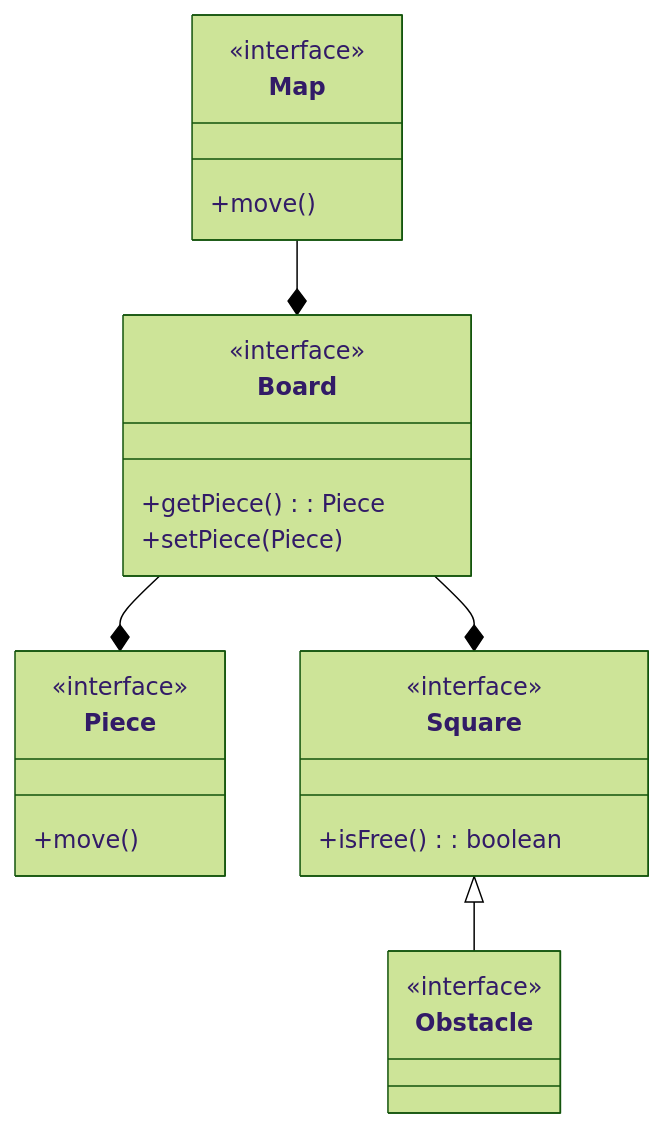
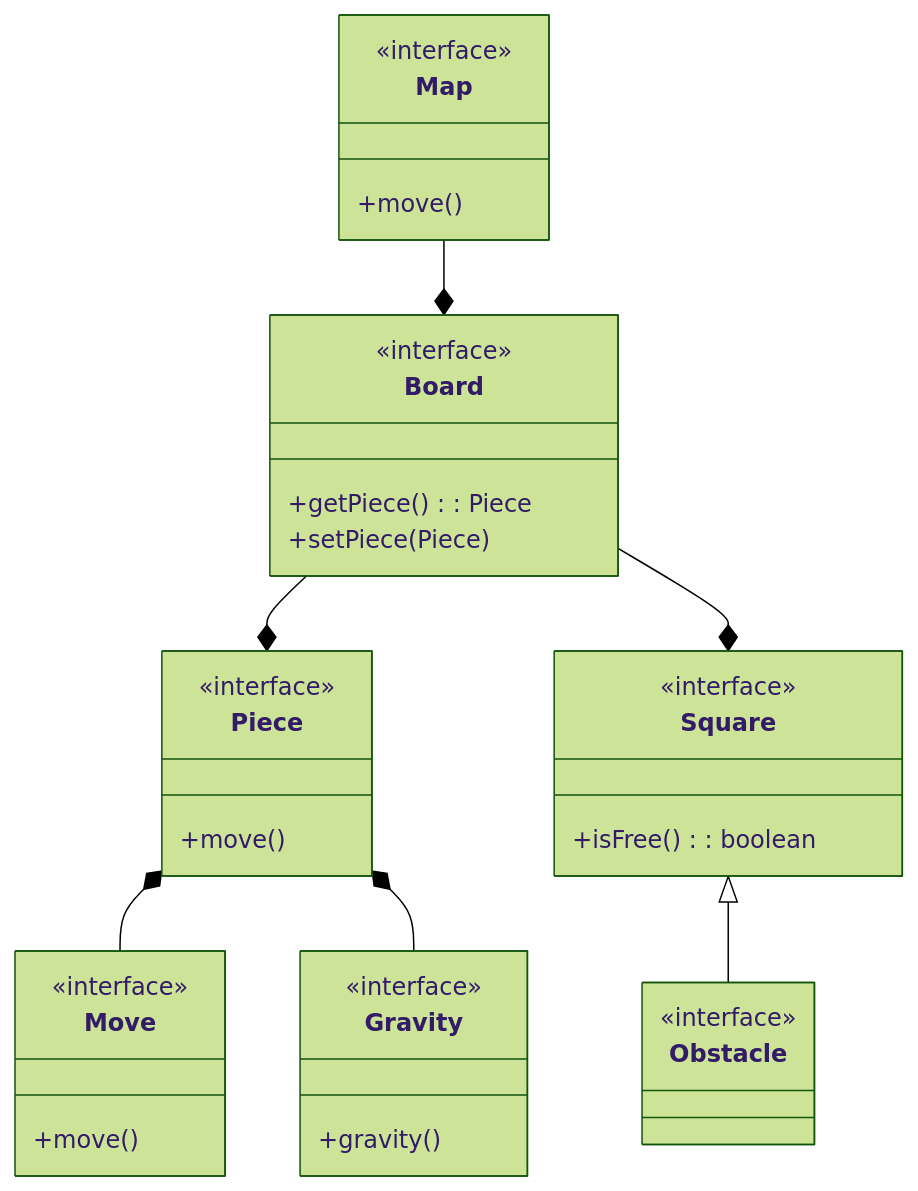
Before and after one commit to alessandroArrighi/pss23-24-ChessGravity-Arrighi: the first of 6 diagrams in README.md, drawn with Mermaid (forest theme). The commit also changed other lines of this file, not shown here.

````diff
--- a/README.md
+++ b/README.md
@@ -43,32 +36,44 @@
 ```mermaid
 classDiagram
 
 class Map {
     +move()
 }
 <<interface>> Map
 
 class Piece {
     +move()
 }
 <<interface>> Piece
 
 class Board {
     +getPiece(): Piece
     +setPiece(Piece)
 }
 <<interface>> Board
 
 class Square {
     +isFree(): boolean
 }
 <<interface>> Square
 
 class Obstacle
 <<interface>> Obstacle
 
+class Move {
+    +move()
+}
+<<interface>> Move
+
+class Gravity {
+    +gravity()
+}
+<<interface>> Gravity
+
 Board --* Piece
 Map --* Board
 Board --* Square
 Square <|-- Obstacle
+Piece *-- Move
+Piece *-- Gravity
 ```
````
